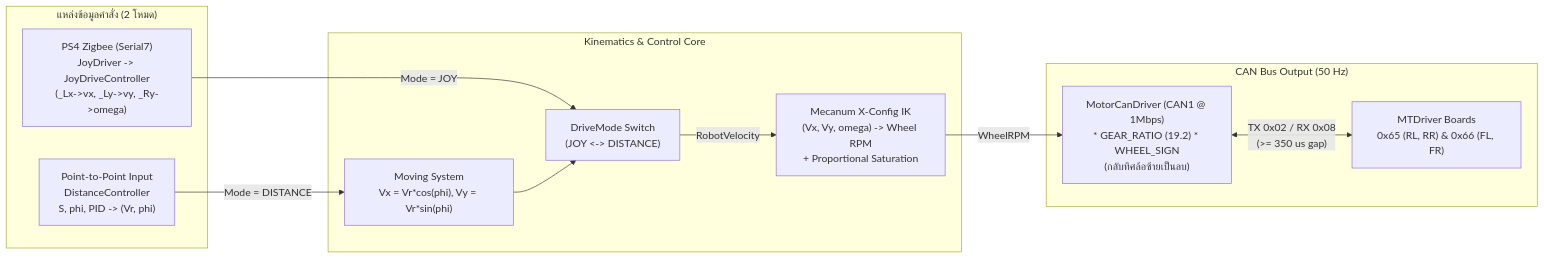
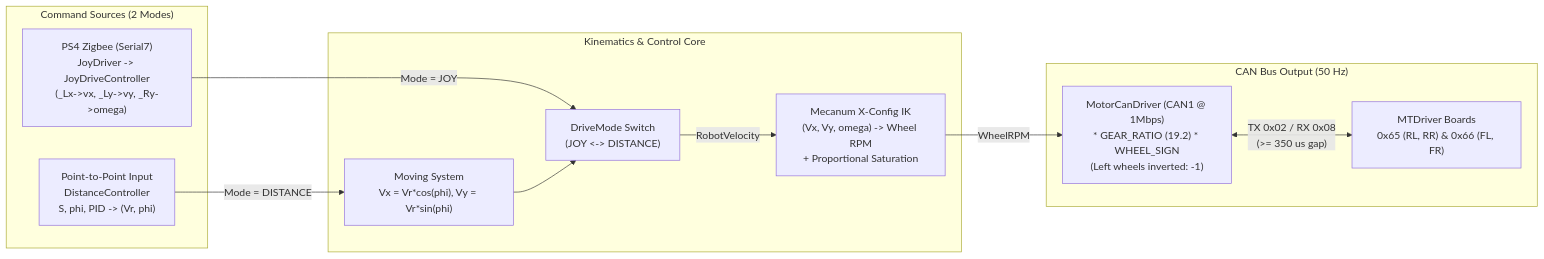
The diagram in README.md (Tanason2551/Lowlevel-Auto), drawn with Mermaid before and after one commit. The commit also changed other lines of this file, not shown here.

````diff
--- a/README.md
+++ b/README.md
@@ -24,25 +24,25 @@
 ```mermaid
 flowchart LR
-    subgraph Inputs["แหล่งข้อมูลคำสั่ง (2 โหมด)"]
+    subgraph Inputs["Command Sources (2 Modes)"]
         Joy["PS4 Zigbee (Serial7)\nJoyDriver -> JoyDriveController\n(_Lx->vx, _Ly->vy, _Ry->omega)"]
         Dist["Point-to-Point Input\nDistanceController\nS, phi, PID -> (Vr, phi)"]
     end
 
     subgraph Core["Kinematics & Control Core"]
         Mux["DriveMode Switch\n(JOY <-> DISTANCE)"]
         MoveSys["Moving System\nVx = Vr*cos(phi), Vy = Vr*sin(phi)"]
         IK["Mecanum X-Config IK\n(Vx, Vy, omega) -> Wheel RPM\n+ Proportional Saturation"]
     end
 
     subgraph Actuation["CAN Bus Output (50 Hz)"]
-        CanDrv["MotorCanDriver (CAN1 @ 1Mbps)\n* GEAR_RATIO (19.2) * WHEEL_SIGN\n(กลับทิศล้อซ้ายเป็นลบ)"]
+        CanDrv["MotorCanDriver (CAN1 @ 1Mbps)\n* GEAR_RATIO (19.2) * WHEEL_SIGN\n(Left wheels inverted: -1)"]
         MT["MTDriver Boards\n0x65 (RL, RR) & 0x66 (FL, FR)"]
     end
 
     Joy -->|"Mode = JOY"| Mux
     Dist -->|"Mode = DISTANCE"| MoveSys
     MoveSys --> Mux
     Mux -->|"RobotVelocity"| IK
     IK -->|"WheelRPM"| CanDrv
     CanDrv <-->|"TX 0x02 / RX 0x08\n(>= 350 us gap)"| MT
 ```
````
